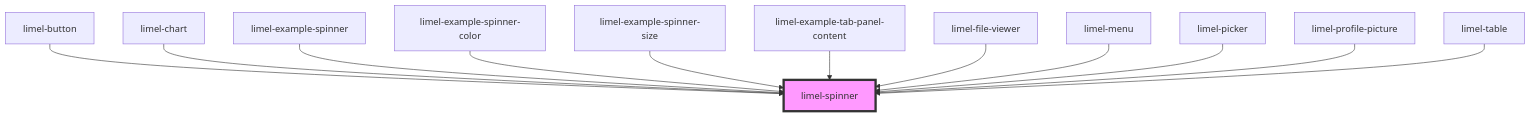
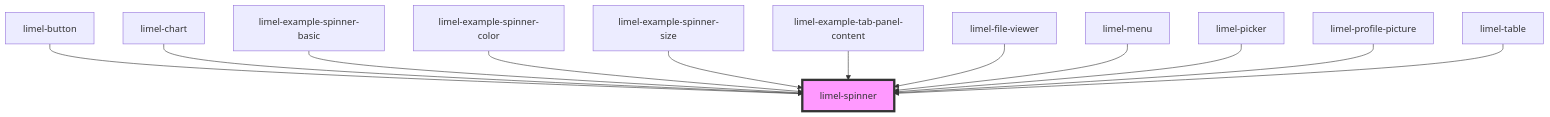
Before and after one commit to Lundalogik/lime-elements: the diagram in versions/PR-3981/markdown-docs/components/spinner/readme.md, drawn with Mermaid. The commit also changed other lines of this file and 211 other files, not shown here.

````diff
--- a/versions/PR-3981/markdown-docs/components/spinner/readme.md
+++ b/versions/PR-3981/markdown-docs/components/spinner/readme.md
@@ -30,15 +30,15 @@
 ```mermaid
 graph TD;
   limel-button --> limel-spinner
   limel-chart --> limel-spinner
-  limel-example-spinner --> limel-spinner
+  limel-example-spinner-basic --> limel-spinner
   limel-example-spinner-color --> limel-spinner
   limel-example-spinner-size --> limel-spinner
   limel-example-tab-panel-content --> limel-spinner
   limel-file-viewer --> limel-spinner
   limel-menu --> limel-spinner
   limel-picker --> limel-spinner
   limel-profile-picture --> limel-spinner
   limel-table --> limel-spinner
   style limel-spinner fill:#f9f,stroke:#333,stroke-width:4px
 ```
````
